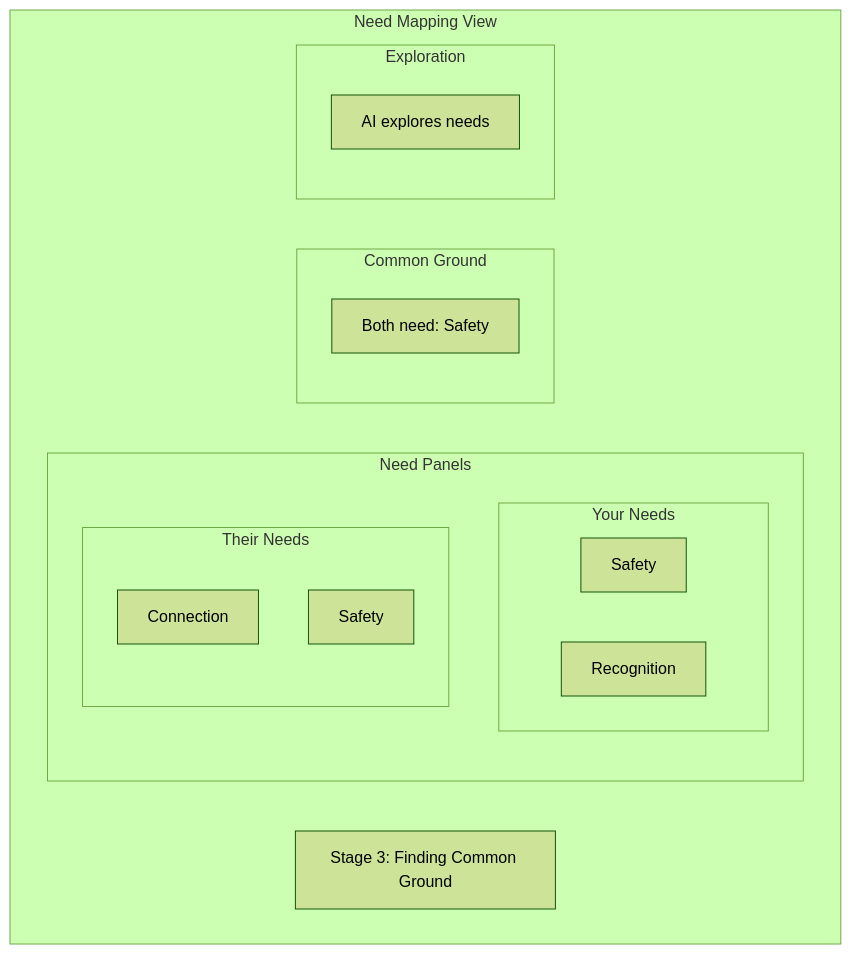
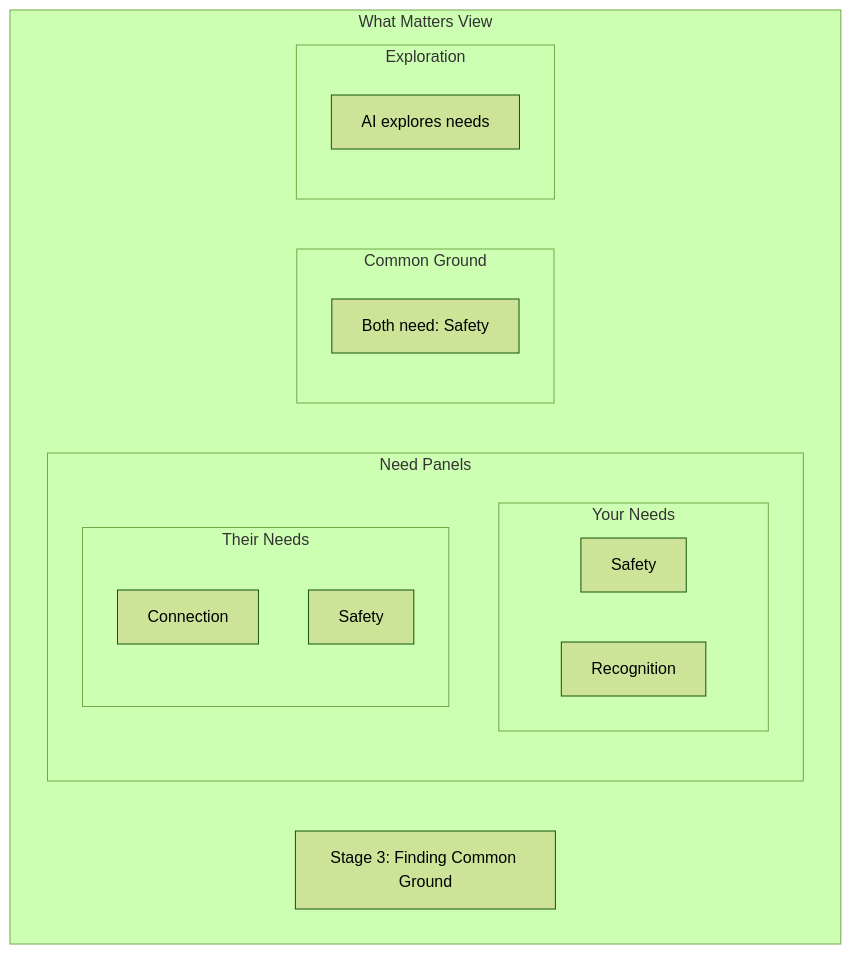
The seventh of 11 diagrams in docs/mobile/wireframes/chat-interface.md (shantamg/meet-without-fear), drawn with Mermaid (forest theme) before and after one commit. The commit also changed other lines of this file and 21 other files, not shown here.

First line of the commit message:
docs: align stage docs with Darryl's authoritative gold flow

````diff
--- a/docs/mobile/wireframes/chat-interface.md
+++ b/docs/mobile/wireframes/chat-interface.md
@@ -143,25 +143,25 @@
 ```mermaid
 flowchart TB
-    subgraph NeedChat[Need Mapping View]
+    subgraph NeedChat[What Matters View]
         Header3[Stage 3: Finding Common Ground]
 
         subgraph NeedPanels[Need Panels]
             subgraph YourNeeds[Your Needs]
                 YN1[Safety]
                 YN2[Recognition]
             end
             subgraph TheirNeeds[Their Needs]
                 TN1[Connection]
                 TN2[Safety]
             end
         end
 
         subgraph CommonPanel[Common Ground]
             Common[Both need: Safety]
         end
 
         subgraph Chat3[Exploration]
             AI31[AI explores needs]
         end
     end
 ```
````
